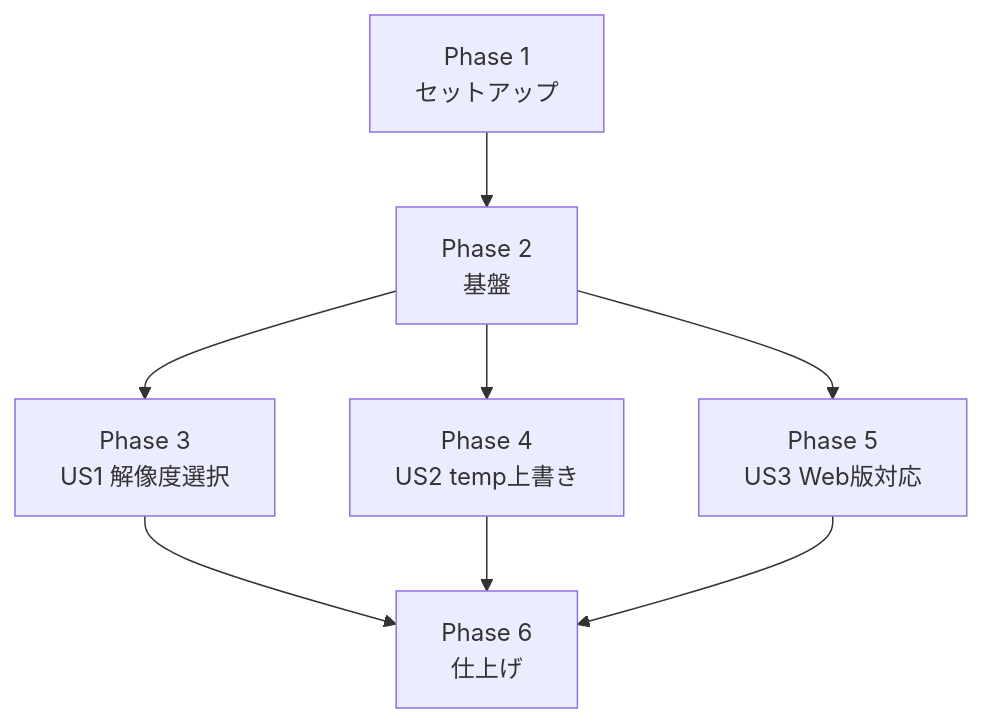
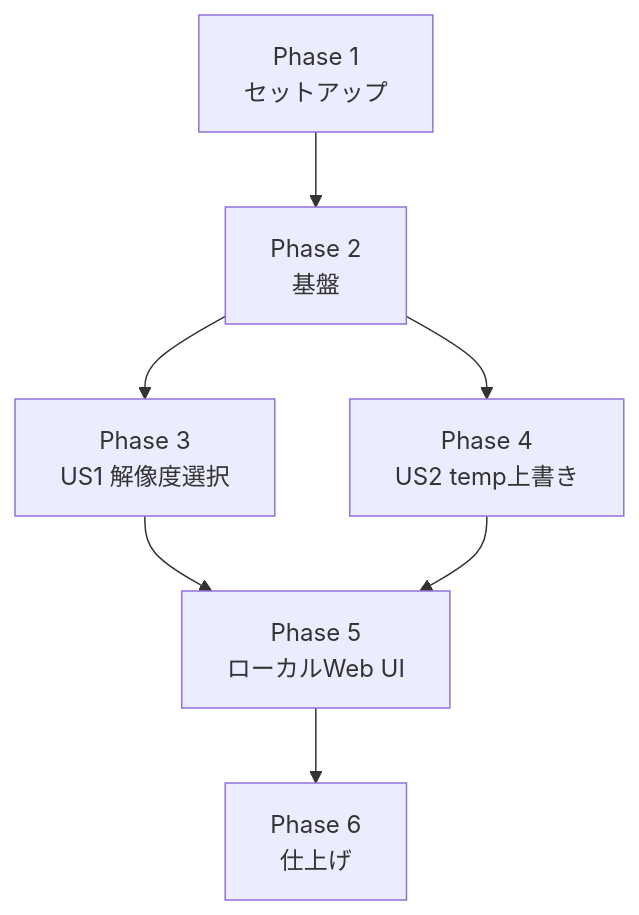
One commit to J1921604/Slide-MyVoice-Maker changed the second of 2 diagrams in specs/001-Slide-Voice-Maker/tasks.md. Above: the diagram before and after it, drawn with Mermaid. The commit also changed other lines of this file and 13 other files, not shown here.

````diff
--- a/specs/001-Slide-Voice-Maker/tasks.md
+++ b/specs/001-Slide-Voice-Maker/tasks.md
@@ -156,10 +143,9 @@
 ```mermaid
 flowchart TD
     P1[Phase 1<br>セットアップ] --> P2[Phase 2<br>基盤]
     P2 --> P3[Phase 3<br>US1 解像度選択]
     P2 --> P4[Phase 4<br>US2 temp上書き]
-    P2 --> P5[Phase 5<br>US3 Web版対応]
-    P3 --> P6[Phase 6<br>仕上げ]
-    P4 --> P6
-    P5 --> P6
+    P3 --> P5[Phase 5<br>ローカルWeb UI]
+    P4 --> P5
+    P5 --> P6[Phase 6<br>仕上げ]
 ```
````
